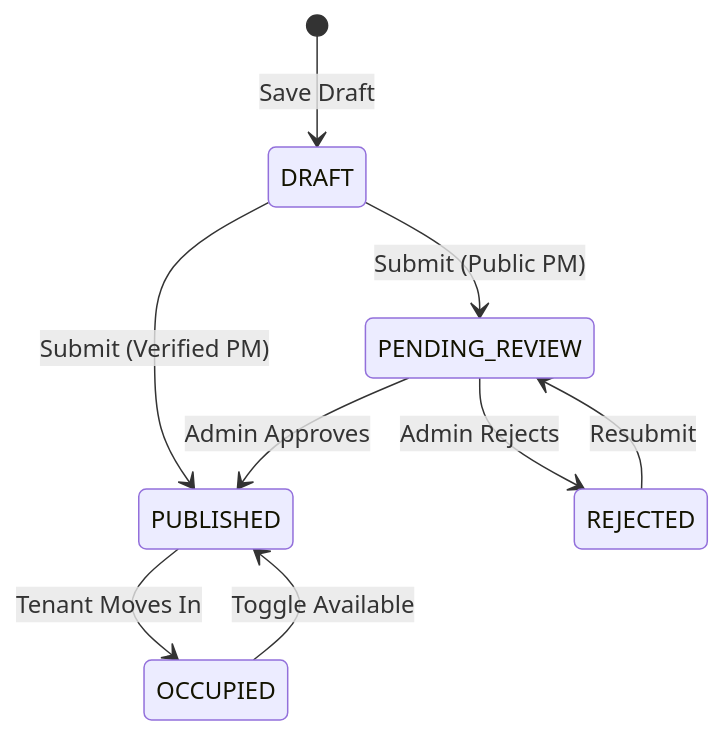
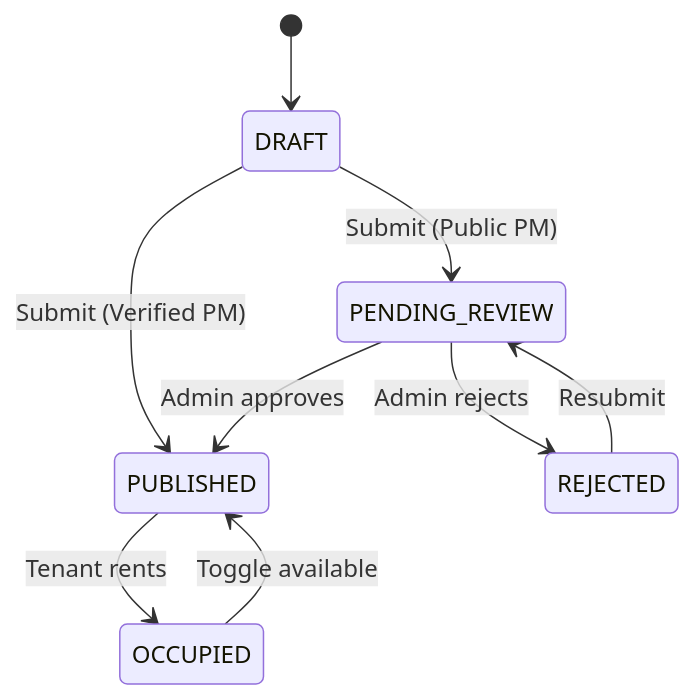
One commit to Lyanaaaaa/NgamStay changed the third of 4 diagrams in tasks/property-marketplace/property-manager-flow/current.md. Above: the diagram before and after it, drawn with Mermaid. The commit also changed other lines of this file and 6 other files, not shown here.

````diff
--- a/tasks/property-marketplace/property-manager-flow/current.md
+++ b/tasks/property-marketplace/property-manager-flow/current.md
@@ -91,11 +56,11 @@
 ```mermaid
 stateDiagram-v2
-    [*] --> DRAFT: Save Draft
+    [*] --> DRAFT
     DRAFT --> PENDING_REVIEW: Submit (Public PM)
     DRAFT --> PUBLISHED: Submit (Verified PM)
-    PENDING_REVIEW --> PUBLISHED: Admin Approves
-    PENDING_REVIEW --> REJECTED: Admin Rejects
+    PENDING_REVIEW --> PUBLISHED: Admin approves
+    PENDING_REVIEW --> REJECTED: Admin rejects
     REJECTED --> PENDING_REVIEW: Resubmit
-    PUBLISHED --> OCCUPIED: Tenant Moves In
-    OCCUPIED --> PUBLISHED: Toggle Available
+    PUBLISHED --> OCCUPIED: Tenant rents
+    OCCUPIED --> PUBLISHED: Toggle available
 ```
````
